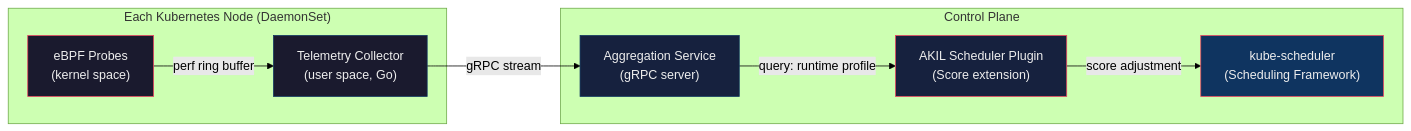
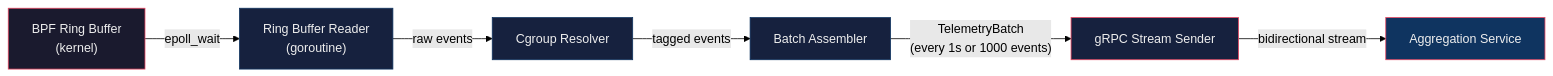
One commit to Yuvraj675/akil changed the second of 5 diagrams in README.md. Above: the diagram before and after it, drawn with Mermaid (forest theme). The commit also changed other lines of this file and 31 other files, not shown here.

````diff
--- a/README.md
+++ b/README.md
@@ -55,24 +151,15 @@
 ```mermaid
 flowchart LR
-    subgraph Node["Each Kubernetes Node (DaemonSet)"]
-        E["eBPF Probes\n(kernel space)"]
-        C["Telemetry Collector\n(user space, Go)"]
-        E -->|perf ring buffer| C
-    end
+    A["BPF Ring Buffer\n(kernel)"] -->|epoll_wait| B["Ring Buffer Reader\n(goroutine)"]
+    B -->|raw events| C["Cgroup Resolver"]
+    C -->|tagged events| D["Batch Assembler"]
+    D -->|"TelemetryBatch\n(every 1s or 1000 events)"| E["gRPC Stream Sender"]
+    E -->|bidirectional stream| F["Aggregation Service"]
 
-    subgraph Control["Control Plane"]
-        A["Aggregation Service\n(gRPC server)"]
-        S["AKIL Scheduler Plugin\n(Score extension)"]
-        KS["kube-scheduler\n(Scheduling Framework)"]
-    end
-
-    C -->|gRPC stream| A
-    A -->|query: runtime profile| S
-    S -->|score adjustment| KS
-
-    style E fill:#1a1a2e,stroke:#e94560,color:#eee
-    style C fill:#1a1a2e,stroke:#0f3460,color:#eee
-    style A fill:#16213e,stroke:#0f3460,color:#eee
-    style S fill:#16213e,stroke:#e94560,color:#eee
-    style KS fill:#0f3460,stroke:#e94560,color:#eee
+    style A fill:#1a1a2e,stroke:#e94560,color:#eee
+    style B fill:#16213e,stroke:#0f3460,color:#eee
+    style C fill:#16213e,stroke:#0f3460,color:#eee
+    style D fill:#16213e,stroke:#0f3460,color:#eee
+    style E fill:#16213e,stroke:#e94560,color:#eee
+    style F fill:#0f3460,stroke:#e94560,color:#eee
 ```
````
